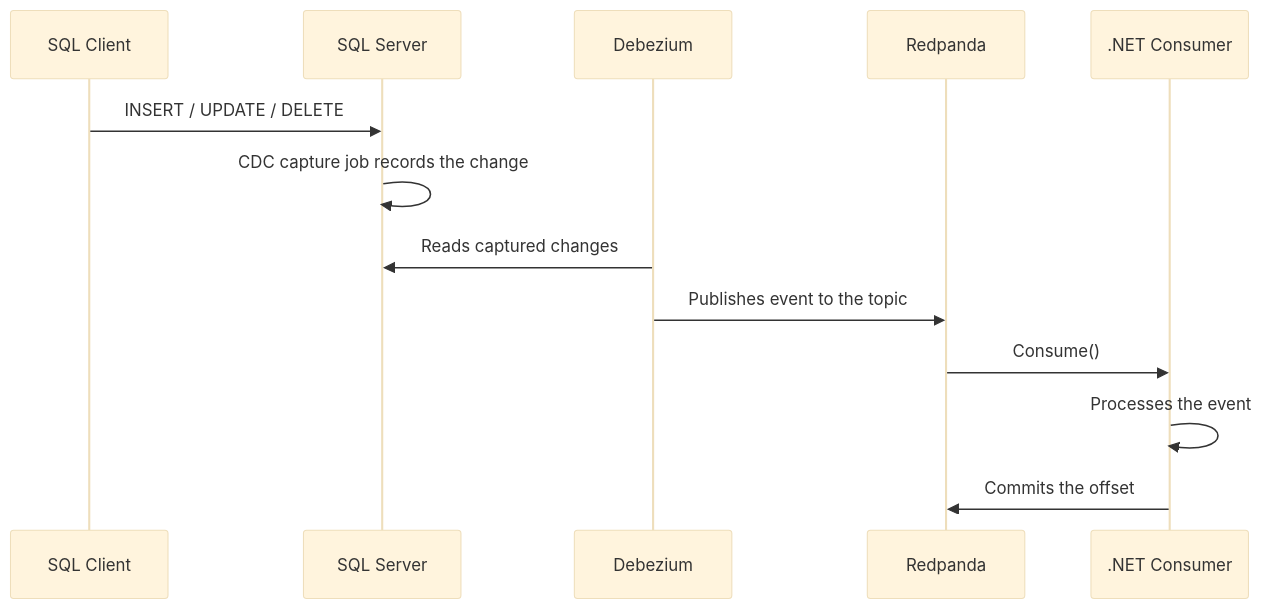
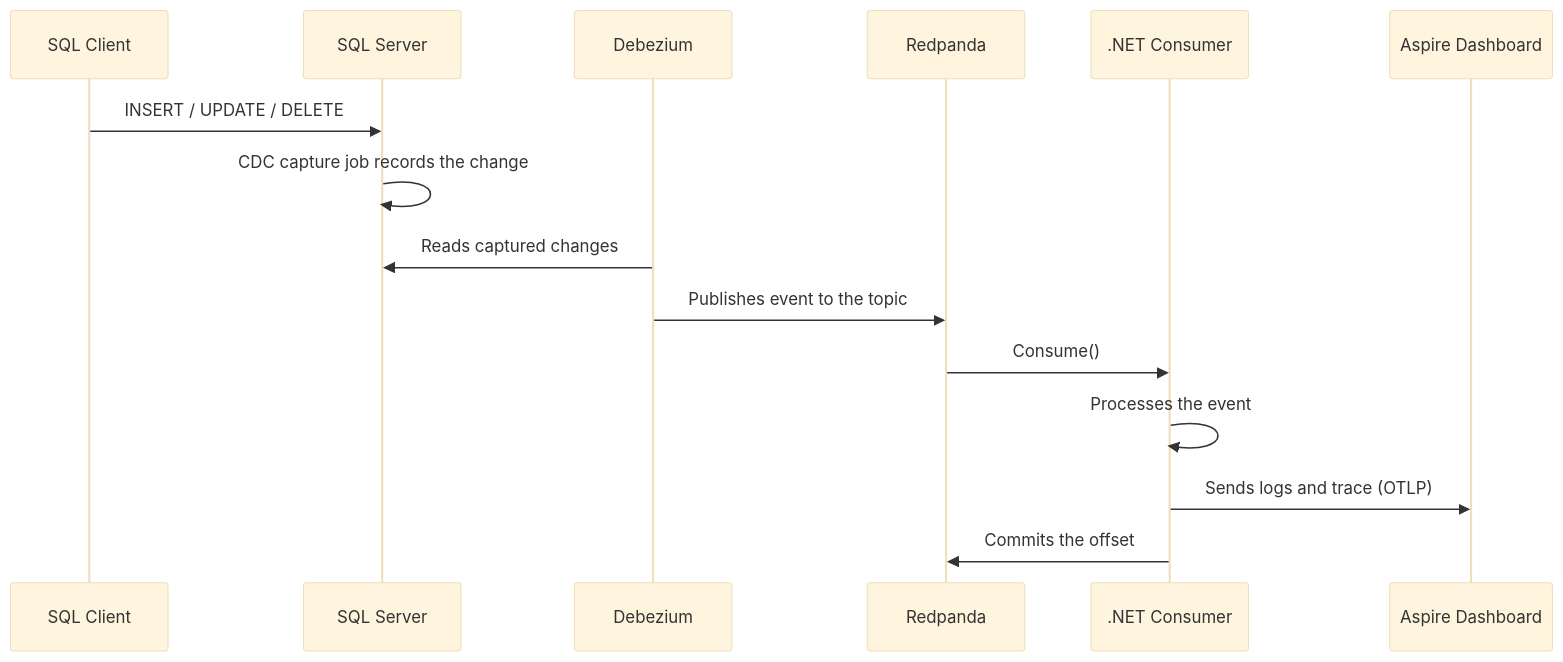
Before and after one commit to shadowjac/cdc-poc: the second of 3 diagrams in README.md, drawn with Mermaid (base theme). The commit also changed other lines of this file and 4 other files, not shown here.

````diff
--- a/README.md
+++ b/README.md
@@ -18,16 +19,18 @@
 ```mermaid
 sequenceDiagram
     participant U as SQL Client
     participant DB as SQL Server
     participant D as Debezium
     participant K as Redpanda
     participant C as .NET Consumer
+    participant A as Aspire Dashboard
 
     U->>DB: INSERT / UPDATE / DELETE
     DB->>DB: CDC capture job records the change
     D->>DB: Reads captured changes
     D->>K: Publishes event to the topic
     K->>C: Consume()
     C->>C: Processes the event
+    C->>A: Sends logs and trace (OTLP)
     C->>K: Commits the offset
 ```
````
